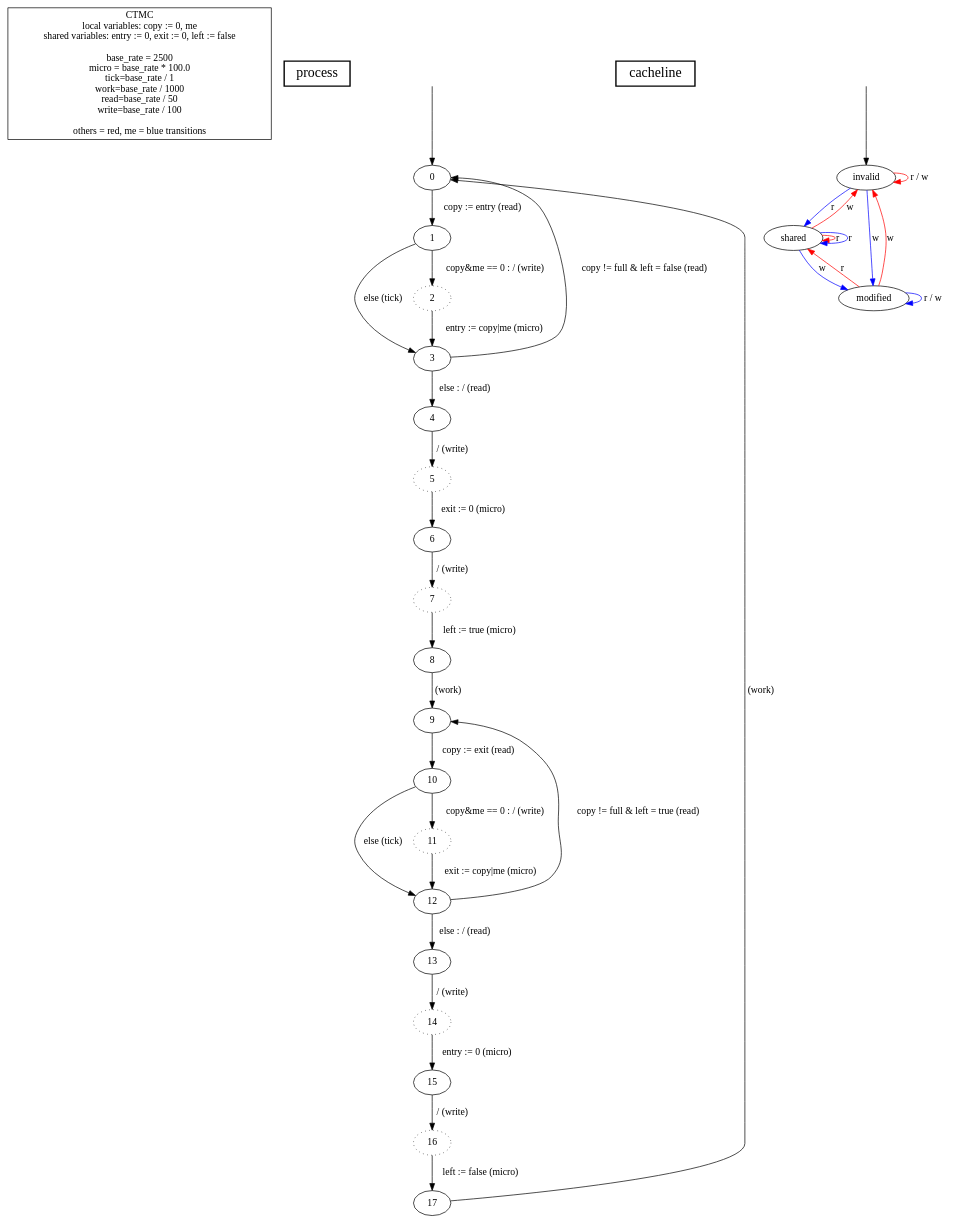
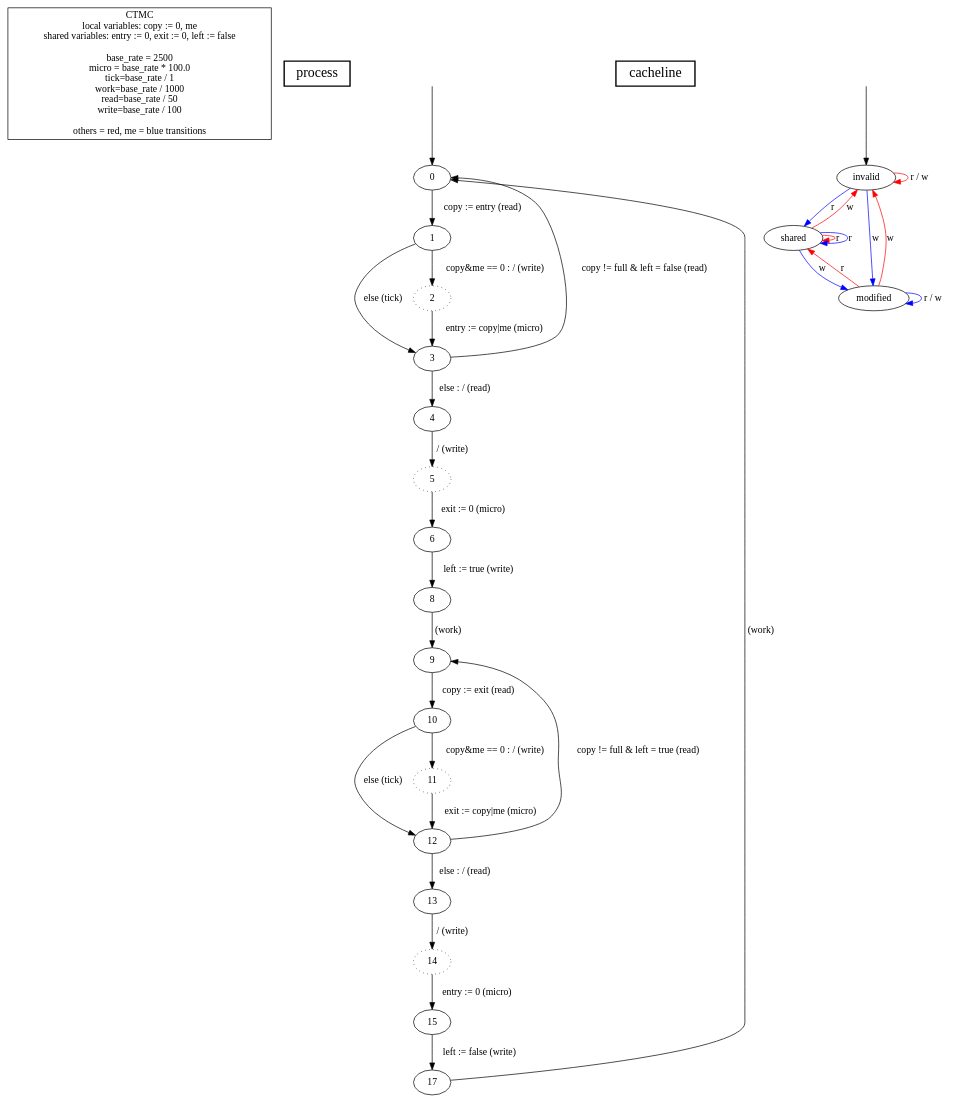
One commit to hydroo/minor-thesis-barriers changed the diagram in barrier-attempt/model-prism-ctmc-with-cache-invalidation/model.dot. Above: the diagram before and after it, drawn with Graphviz.

Commit message:
remove intermediate nodes for writes on left in the dot file

```diff
--- a/barrier-attempt/model-prism-ctmc-with-cache-invalidation/model.dot
+++ b/barrier-attempt/model-prism-ctmc-with-cache-invalidation/model.dot
@@ -1,65 +1,61 @@
 digraph {
 
 	"CTMC\nlocal variables: copy := 0, me\nshared variables: entry := 0, exit := 0, left := false\n\nbase_rate = 2500\nmicro = base_rate * 100.0\ntick=base_rate / 1\nwork=base_rate / 1000\nread=base_rate / 50\nwrite=base_rate / 100\n\nothers = red, me = blue transitions" [nojustify=true, shape=box]
 
 	"process" [nojustify=true, shape=box, style=bold, fontsize=20]
 
 	initial_state_source [style=invis]
 
 	// process
 
 	initial_state_source -> "0"
 
 	"0"  -> "1"  [weight=10, label="copy := entry (read)"]
 	"1"  -> "3"  [label="else (tick)"]
 	"1"  -> "2"  [weight=10, label="copy&me == 0 : / (write)"]
 	"2" [style=dotted]
 	"2"  -> "3"  [weight=10, label="entry := copy|me (micro)"]
 
 	"3"  -> "0"  [label="copy != full & left = false (read)"]
 	"3"  -> "4"  [weight=10, label="else : / (read)"]
 	"4"  -> "5"  [weight=10, label="/ (write)"]
 	"5" [style=dotted]
 	"5"  -> "6"  [weight=10, label="exit := 0 (micro)"]
-	"6"  -> "7"  [weight=10, label="/ (write)"]
-	"7" [style=dotted]
-	"7"  -> "8"  [weight=10, label="left := true (micro)"]
+	"6"  -> "8"  [weight=10, label="left := true (write)"]
 
 	"8"  -> "9"  [weight=10, label="(work)"]
 
 	"9"  -> "10" [weight=10, label="copy := exit (read)"]
 	"10" -> "12" [label="else (tick)"]
 	"10" -> "11" [weight=10, label="copy&me == 0 : / (write)"]
 	"11" [style=dotted]
 	"11" -> "12" [weight=10, label="exit := copy|me (micro)"]
 
 	"12" -> "9"  [label="copy != full & left = true (read)"]
 	"12" -> "13" [weight=10, label="else : / (read)"]
 	"13" -> "14" [weight=10, label="/ (write)"]
 	"14" [style=dotted]
 	"14" -> "15" [weight=10, label="entry := 0 (micro)"]
-	"15" -> "16" [weight=10, label="/ (write)"]
-	"16" [style=dotted]
-	"16" -> "17" [weight=10, label="left := false (micro)"]
+	"15" -> "17" [weight=10, label="left := false (write)"]
 
 	"17" -> "0" [label="(work)"]
 
 	// cacheline
 	"cacheline" [nojustify=true, shape=box, style=bold, fontsize=20]
 
 	initial_state_source2 [style=invis]
 	initial_state_source2 -> "invalid"
 
 	"invalid"  -> "invalid"  [label="r / w", color=red]
 	"invalid"  -> "shared"   [label="r",   color=blue]
 	"invalid"  -> "modified" [label="w",   color=blue]
 
 	"shared"   -> "shared"   [label="r",   color=red]
 	"shared"   -> "invalid"  [label="w",   color=red]
 	"shared"   -> "shared"   [label="r",   color=blue]
 	"shared"   -> "modified" [label="w",   color=blue]
 
 	"modified" -> "shared"   [label="r",   color=red]
 	"modified" -> "invalid"  [label="w",   color=red]
 	"modified" -> "modified" [label="r / w", color=blue]
 }
```
